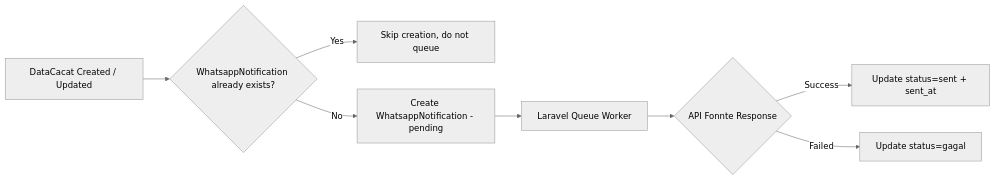
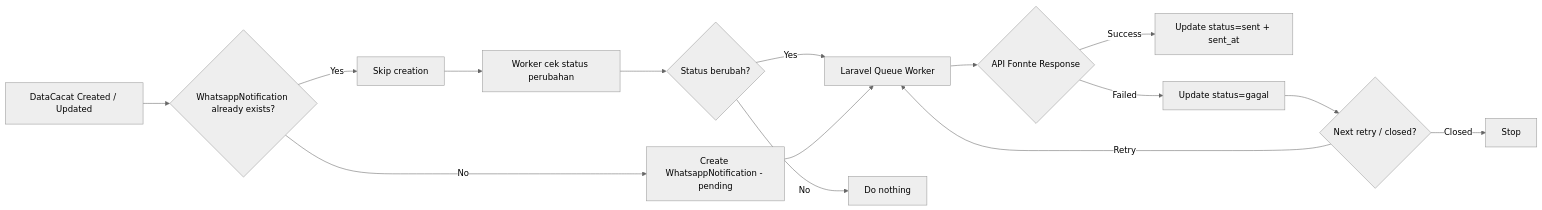
Before and after one commit to collegeid/quetzal_nova: the diagram in README.md, drawn with Mermaid (neutral theme).

````diff
--- a/README.md
+++ b/README.md
@@ -195,10 +195,18 @@
 ```mermaid
 flowchart LR
 A[DataCacat Created / Updated] --> B{WhatsappNotification already exists?}
-B -->|Yes| C[Skip creation, do not queue]
+B -->|Yes| C[Skip creation]
+C --> I[Worker cek status perubahan]
+I --> J{Status berubah?}
+J -->|Yes| E[Laravel Queue Worker]
+J -->|No| K[Do nothing]
 B -->|No| D[Create WhatsappNotification - pending]
 D --> E[Laravel Queue Worker]
 E --> F{API Fonnte Response}
 F -->|Success| G[Update status=sent + sent_at]
 F -->|Failed| H[Update status=gagal]
+H --> L{Next retry / closed?}
+L -->|Retry| E
+L -->|Closed| M[Stop]
+
 ```
````
